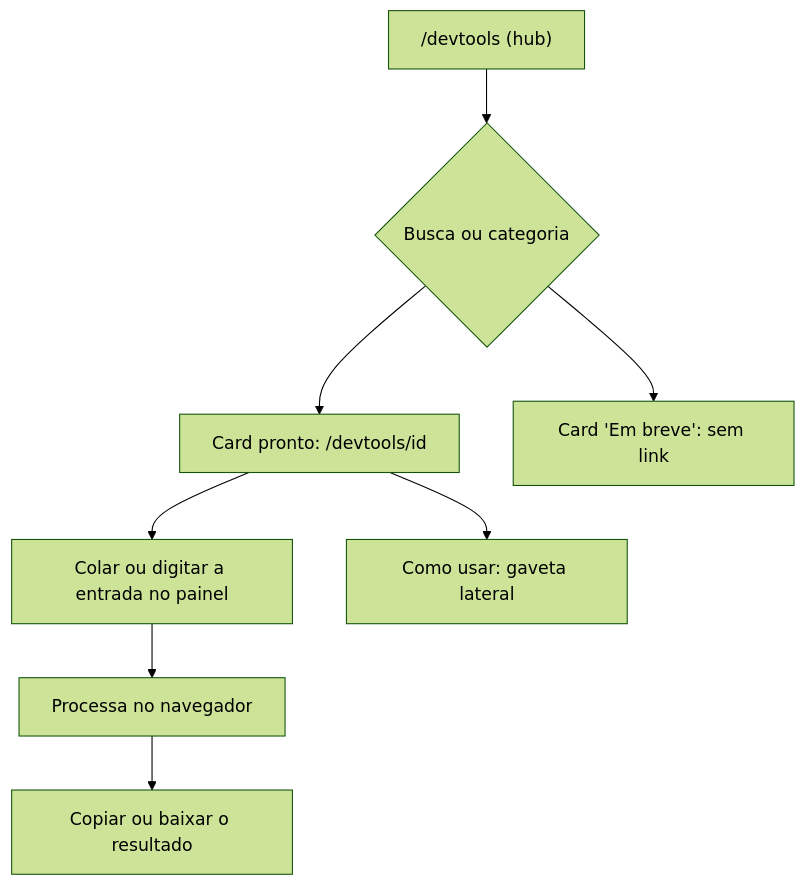
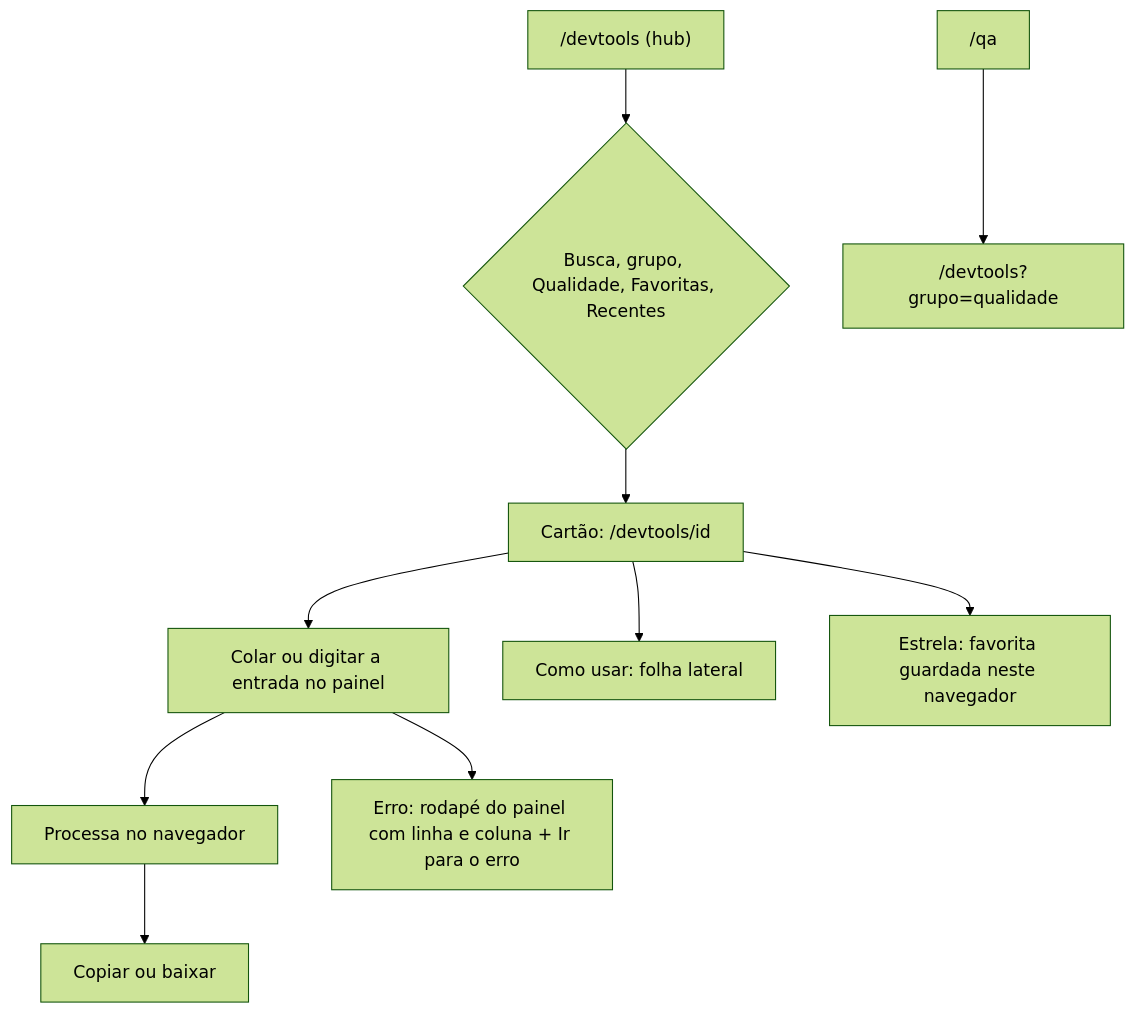
Before and after one commit to wanderalvess/agile-space-frontend: the diagram in docs/fluxos/devtools.md, drawn with Mermaid (forest theme). The commit also changed other lines of this file and 5 other files, not shown here.

Commit message:
docs(devtools): fluxo do DevTools novo, Central de qualidade descontinuada e rotas antigas

````diff
--- a/docs/fluxos/devtools.md
+++ b/docs/fluxos/devtools.md
@@ -21,10 +23,12 @@
 ```mermaid
 flowchart TD
-    A["/devtools (hub)"] --> B{Busca ou categoria}
-    B --> C["Card pronto: /devtools/id"]
-    B --> D["Card 'Em breve': sem link"]
-    C --> E[Colar ou digitar a entrada no painel]
-    E --> F[Processa no navegador]
-    F --> G[Copiar ou baixar o resultado]
-    C --> H[Como usar: gaveta lateral]
+    A["/devtools (hub)"] --> B{Busca, grupo, Qualidade, Favoritas, Recentes}
+    B --> C["Cartão: /devtools/id"]
+    C --> D[Colar ou digitar a entrada no painel]
+    D --> E[Processa no navegador]
+    E --> F[Copiar ou baixar]
+    D --> G["Erro: rodapé do painel com linha e coluna + Ir para o erro"]
+    C --> H[Como usar: folha lateral]
+    C --> I[Estrela: favorita guardada neste navegador]
+    Q["/qa"] --> R["/devtools?grupo=qualidade"]
 ```
````
